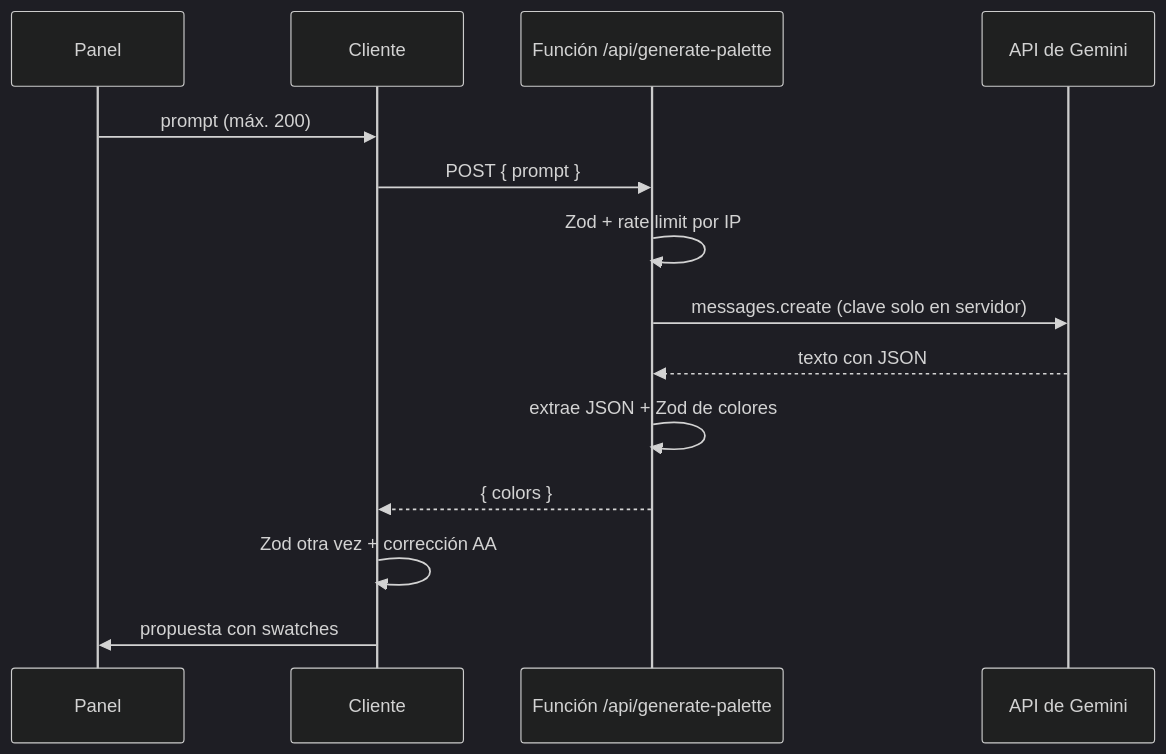
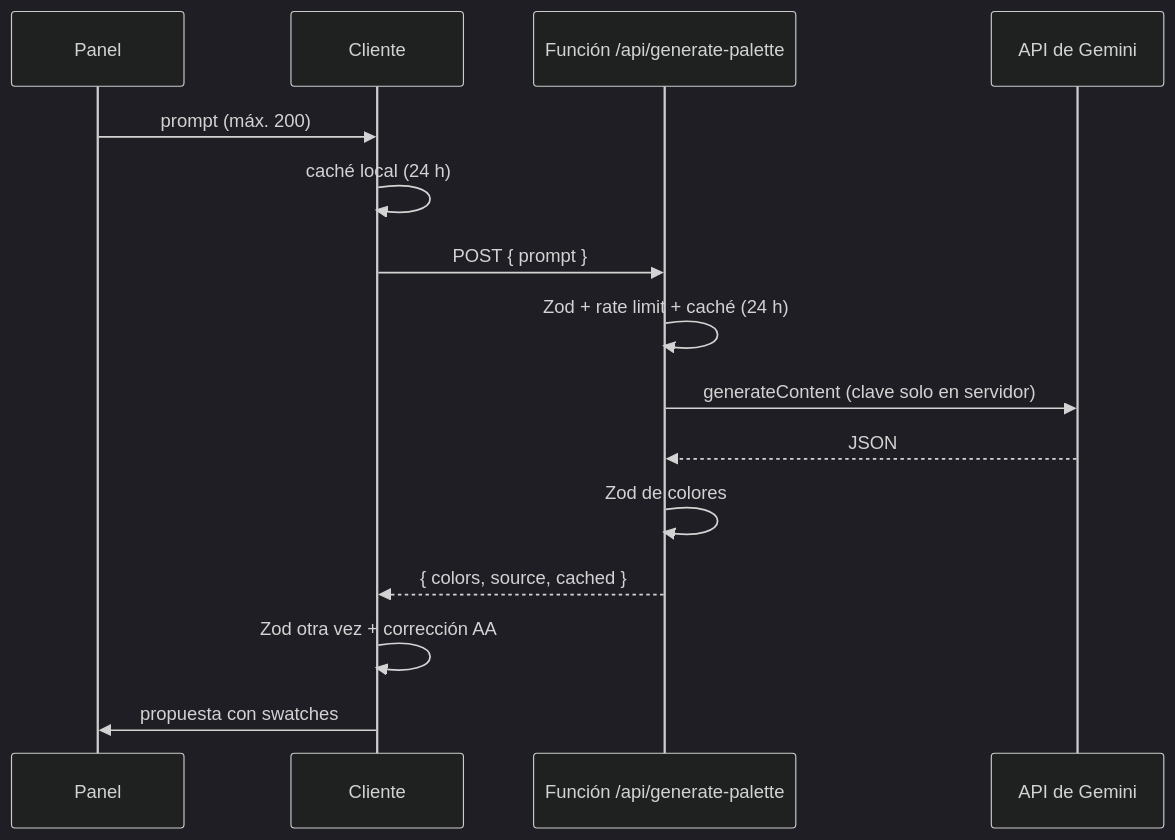
Before and after one commit to DanielCB096/theme-studio: the third of 4 diagrams in docs/ARCHITECTURE.md, drawn with Mermaid (dark theme). The commit also changed other lines of this file and 10 other files, not shown here.

````diff
--- a/docs/ARCHITECTURE.md
+++ b/docs/ARCHITECTURE.md
@@ -92,16 +92,17 @@
 ```mermaid
 sequenceDiagram
   participant U as Panel
   participant C as Cliente
   participant F as Función /api/generate-palette
   participant A as API de Gemini
   U->>C: prompt (máx. 200)
+  C->>C: caché local (24 h)
   C->>F: POST { prompt }
-  F->>F: Zod + rate limit por IP
-  F->>A: messages.create (clave solo en servidor)
-  A-->>F: texto con JSON
-  F->>F: extrae JSON + Zod de colores
-  F-->>C: { colors }
+  F->>F: Zod + rate limit + caché (24 h)
+  F->>A: generateContent (clave solo en servidor)
+  A-->>F: JSON
+  F->>F: Zod de colores
+  F-->>C: { colors, source, cached }
   C->>C: Zod otra vez + corrección AA
   C->>U: propuesta con swatches
 ```
````
